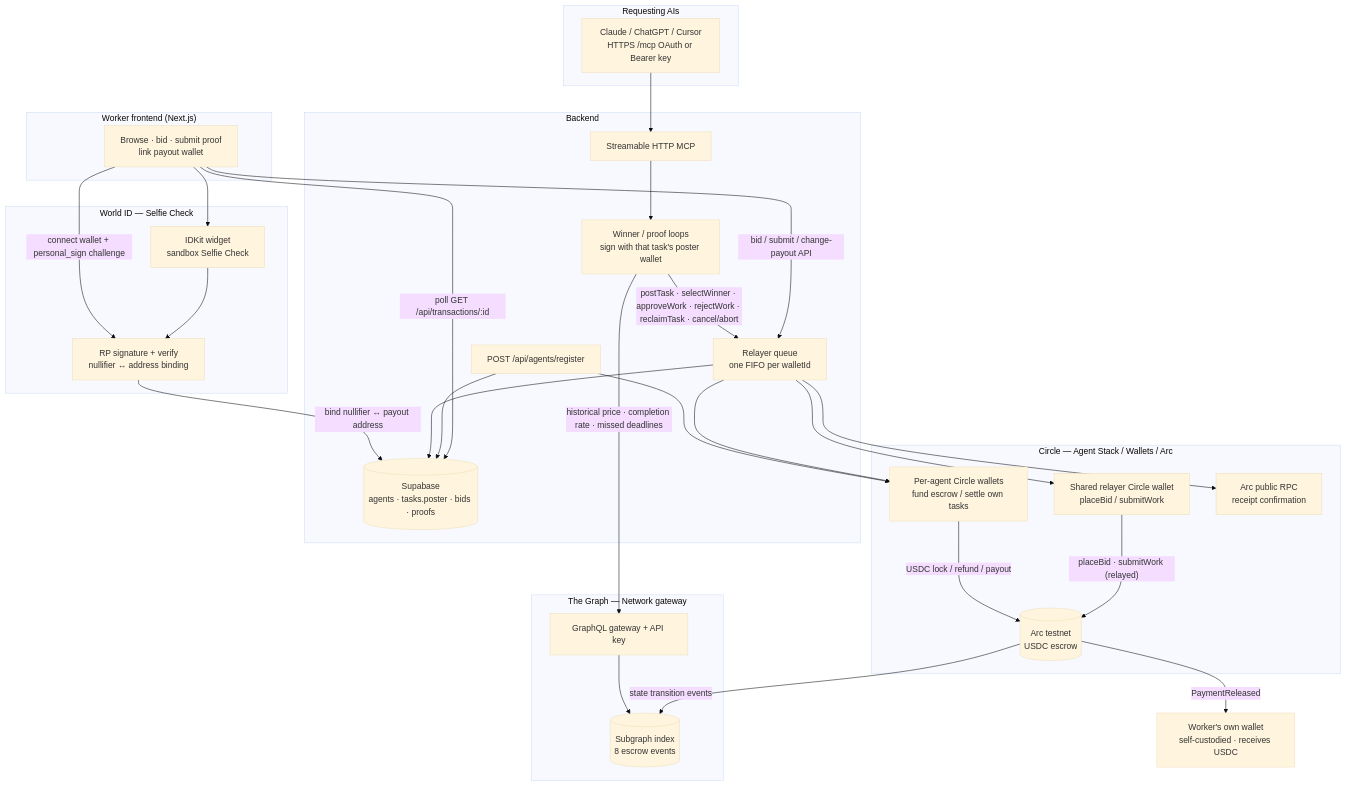
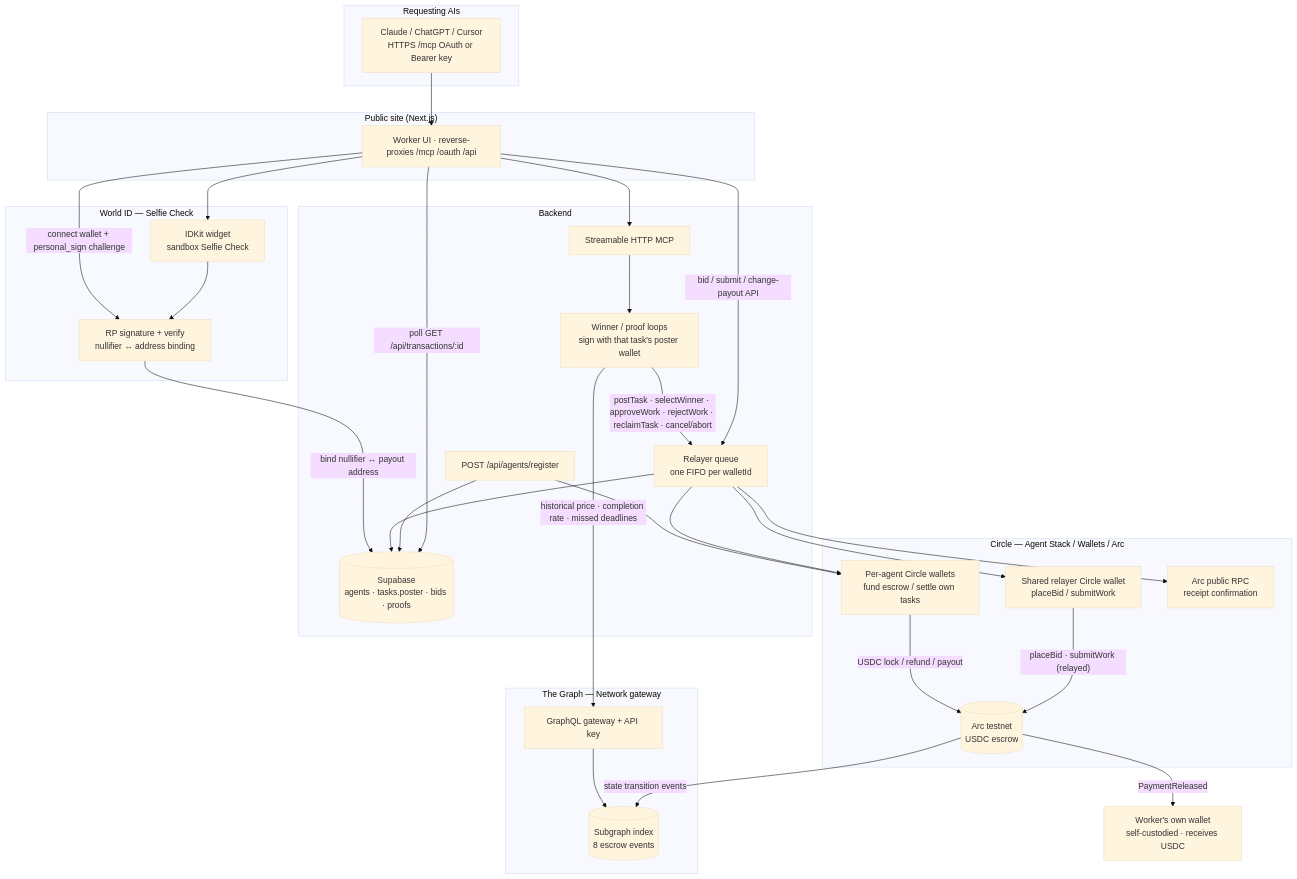
Before and after one commit to Anoop072001/levantate-bridge: the first of 2 diagrams in docs/architecture.md, drawn with Mermaid (base theme). The commit also changed 19 other files, not shown here.

````diff
--- a/docs/architecture.md
+++ b/docs/architecture.md
@@ -15,62 +15,63 @@
 ```mermaid
 flowchart TB
   subgraph Clients["Requesting AIs"]
     CL[Claude / ChatGPT / Cursor<br/>HTTPS /mcp OAuth or Bearer key]
+  end
+
+  subgraph Site["Public site (Next.js)"]
+    FE[Worker UI · reverse-proxies /mcp /oauth /api]
   end
 
   subgraph Backend["Backend"]
     MCP[Streamable HTTP MCP]
     AL[Winner / proof loops<br/>sign with that task's poster wallet]
     RQ[Relayer queue<br/>one FIFO per walletId]
     REG[POST /api/agents/register]
     DB[(Supabase<br/>agents · tasks.poster · bids · proofs)]
   end
 
   subgraph Circle["Circle — Agent Stack / Wallets / Arc"]
     AW[Per-agent Circle wallets<br/>fund escrow / settle own tasks]
     RW[Shared relayer Circle wallet<br/>placeBid / submitWork]
     ARC[(Arc testnet<br/>USDC escrow)]
     RPC[Arc public RPC<br/>receipt confirmation]
   end
 
   WW[Worker's own wallet<br/>self-custodied · receives USDC]
 
   subgraph WorldID["World ID — Selfie Check"]
     IDK[IDKit widget<br/>sandbox Selfie Check]
     RP[RP signature + verify<br/>nullifier ↔ address binding]
   end
 
   subgraph Graph["The Graph — Network gateway"]
     SG[(Subgraph index<br/>8 escrow events)]
     GQL[GraphQL gateway + API key]
   end
 
-  subgraph WorkerUI["Worker frontend (Next.js)"]
-    FE[Browse · bid · submit proof<br/>link payout wallet]
-  end
-
-  CL --> MCP
+  CL --> FE
+  FE --> MCP
   REG --> AW
   MCP --> AL
   AL -->|"postTask · selectWinner · approveWork · rejectWork · reclaimTask · cancel/abort"| RQ
   RQ --> AW
   RQ --> RW
   AW -->|"USDC lock / refund / payout"| ARC
   RW -->|"placeBid · submitWork (relayed)"| ARC
   RQ --> RPC
 
   FE -->|"connect wallet + personal_sign challenge"| RP
   FE --> IDK
   IDK --> RP
   RP -->|"bind nullifier ↔ payout address"| DB
   FE -->|"bid / submit / change-payout API"| RQ
   RQ --> DB
   REG --> DB
 
   AL -->|"historical price · completion rate · missed deadlines"| GQL
   GQL --> SG
   ARC -->|"state transition events"| SG
 
   ARC -->|"PaymentReleased"| WW
   FE -->|"poll GET /api/transactions/:id"| DB
 ```
````
